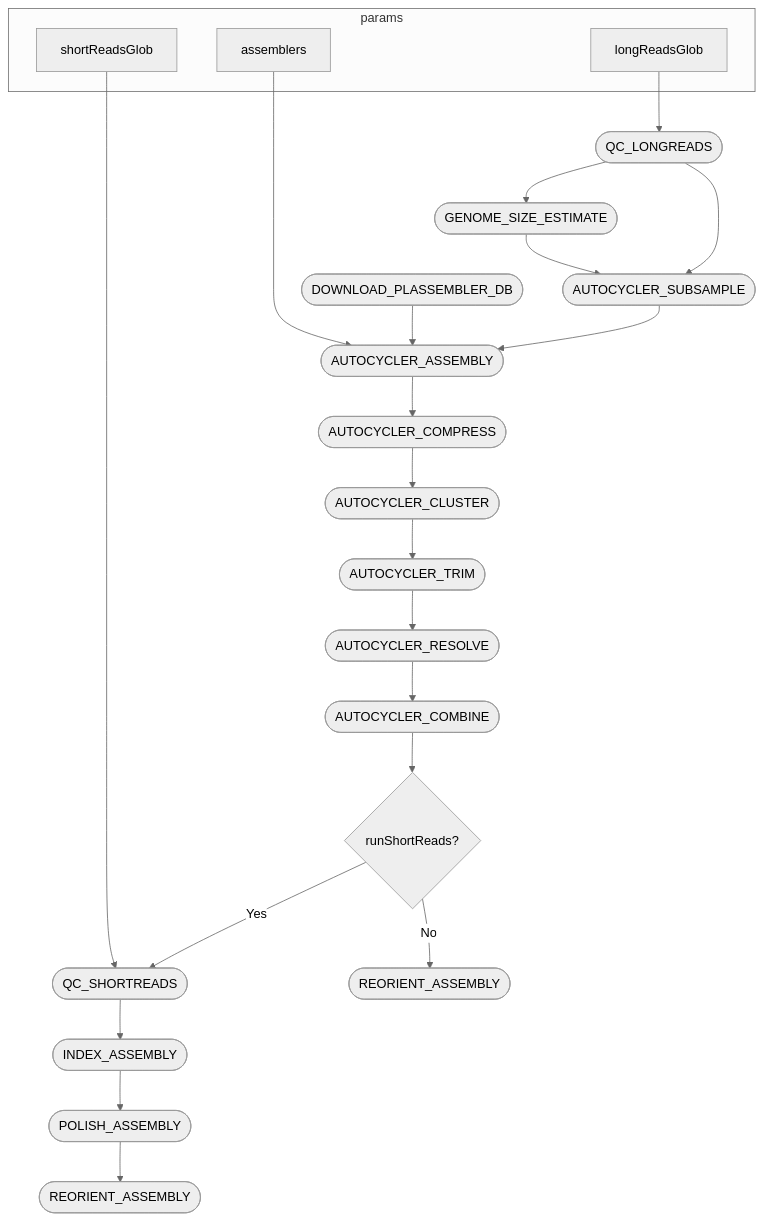
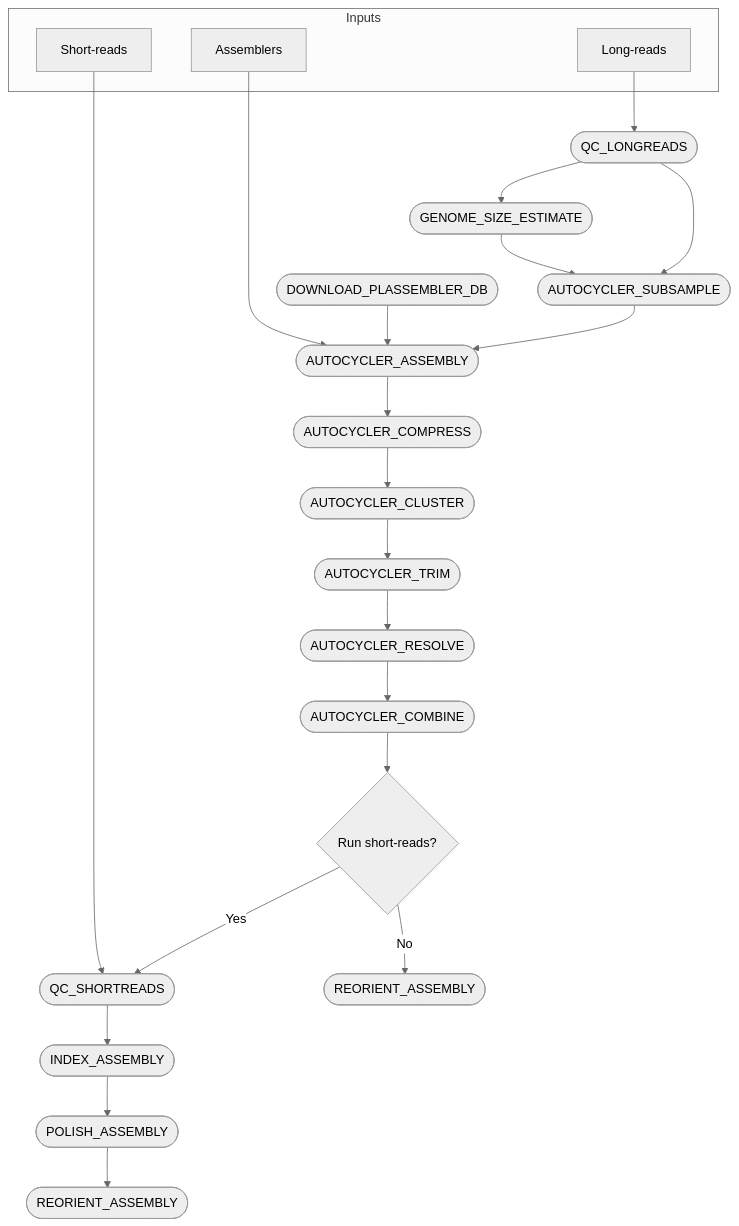
Before and after one commit to wtmatlock/autocycler-pipeline: the diagram in README.md, drawn with Mermaid (neutral theme).

Commit message:
mermaid diagram

````diff
--- a/README.md
+++ b/README.md
@@ -31,52 +31,52 @@
 ```mermaid
 flowchart TB
-    subgraph params
-        v0["longReadsGlob"]
-        v34["shortReadsGlob"]
-        v12["assemblers"]
+    subgraph Inputs
+        v0["Long-reads"]
+        v34["Short-reads"]
+        v12["Assemblers"]
     end
 
     v2([QC_LONGREADS])
     v5([GENOME_SIZE_ESTIMATE])
     v8([AUTOCYCLER_SUBSAMPLE])
     v10([DOWNLOAD_PLASSEMBLER_DB])
     v16([AUTOCYCLER_ASSEMBLY])
     v19([AUTOCYCLER_COMPRESS])
     v22([AUTOCYCLER_CLUSTER])
     v25([AUTOCYCLER_TRIM])
     v28([AUTOCYCLER_RESOLVE])
     v31([AUTOCYCLER_COMBINE])
     v36([QC_SHORTREADS])
     v39([INDEX_ASSEMBLY])
     v42([POLISH_ASSEMBLY])
     v44([REORIENT_ASSEMBLY])
     v46([REORIENT_ASSEMBLY])
 
-    decision1{"runShortReads?"}
+    decision1{"Run short-reads?"}
 
     %% Long read flow
     v0 --> v2
     v2 --> v5
     v2 --> v8
     v5 --> v8
     v8 --> v16
     v10 --> v16
     v12 --> v16
     v16 --> v19
     v19 --> v22
     v22 --> v25
     v25 --> v28
     v28 --> v31
 
     %% Conditional branching after combine
     v31 --> decision1
     decision1 -- Yes --> v36
     decision1 -- No --> v46
     v34 --> v36
     v36 --> v39
 
     %% Continue pipeline
 
     v39 --> v42
     v42 --> v44
 ```
````
